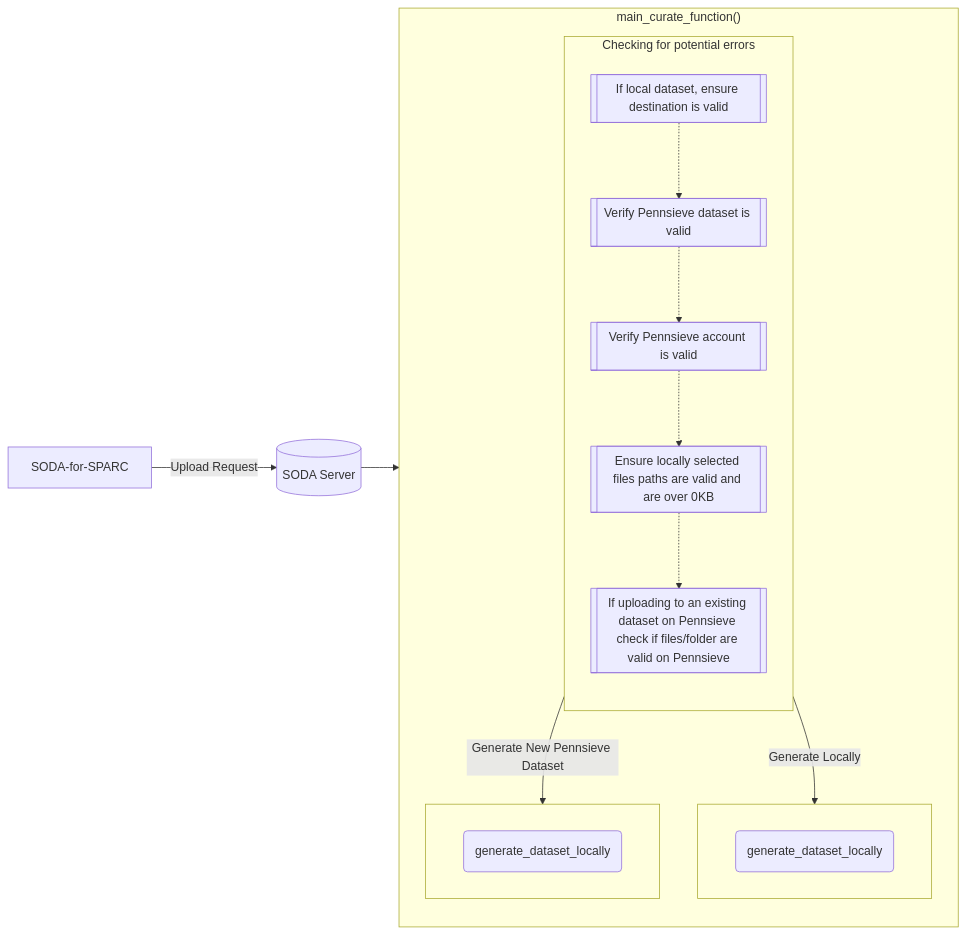
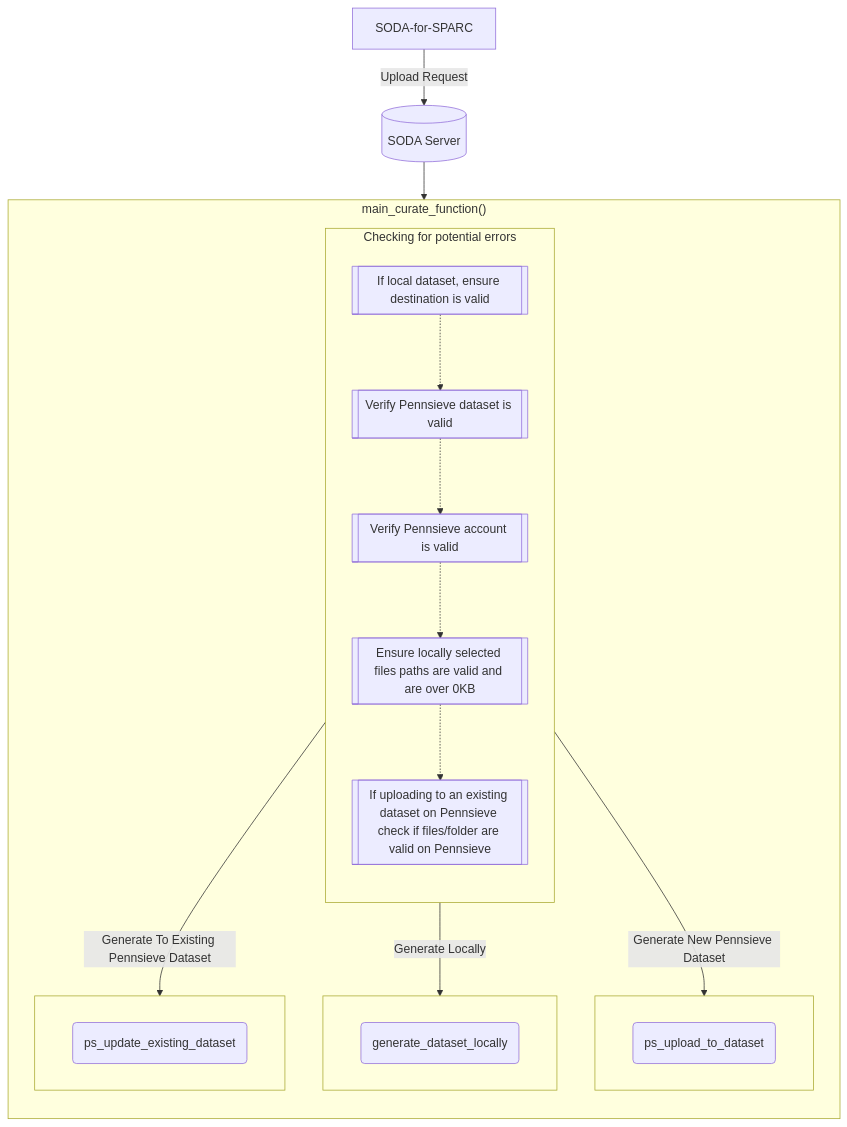
The first of 4 diagrams in docs/soda-for-sparc/upload-workflow.md (fairdataihub/dev.fairdataihub.org), drawn with Mermaid before and after one commit. The commit also changed other lines of this file and 1 other file, not shown here.

Commit message:
feat: ✨ import dataset flowchart added'

````diff
--- a/docs/soda-for-sparc/upload-workflow.md
+++ b/docs/soda-for-sparc/upload-workflow.md
@@ -19,27 +19,32 @@
 ```mermaid
-graph LR
+graph TB
 A[SODA-for-SPARC] -- Upload Request --> B[(SODA Server)]
 
 subgraph main["main_curate_function()"]
     direction TB
     subgraph prechecks["Checking for potential errors"]
         direction TB
         C[[If local dataset, ensure destination is valid]] .-> D[[Verify Pennsieve dataset is valid]]
         D .-> E[[Verify Pennsieve account is valid]]
         E .-> F[[Ensure locally selected files paths are valid and are over 0KB]]
         F .-> G[[If uploading to an existing dataset on Pennsieve check if files/folder are valid on Pennsieve]]
     end
     subgraph localgen[" "]
         direction LR
         I(generate_dataset_locally)
     end
     subgraph newgen[" "]
         direction LR
-        K(generate_dataset_locally)
+        K(ps_upload_to_dataset)
+    end
+    subgraph existinggen[" "]
+        direction LR
+        L(ps_update_existing_dataset)
     end
     prechecks -- Generate Locally --> localgen
     prechecks -- Generate New Pennsieve Dataset --> newgen
+    prechecks -- Generate To Existing Pennsieve Dataset --> existinggen
 end
 
 B --> main
 ```
````
